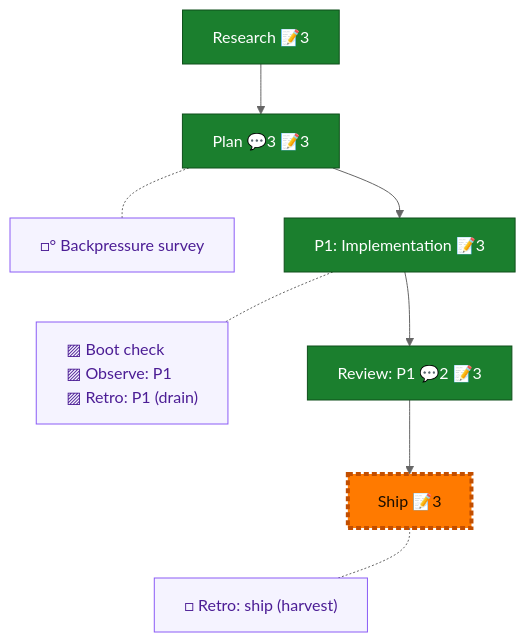
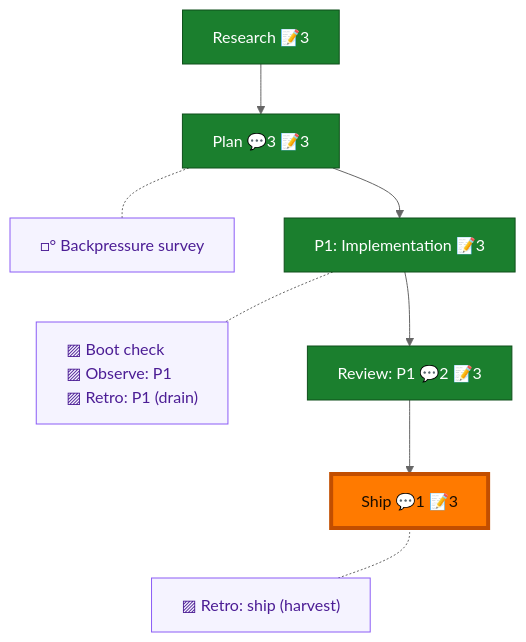
The diagram in docs/plans/044-eng-harness-flow-mission-first/the-flow.md (AI-Substrate/harness-engineering), drawn with Mermaid (neutral theme) before and after one commit. The commit also changed other lines of this file and 2 other files, not shown here.

First line of the commit message:
docs(044): close out flow — ship report + final flight-plan state

````diff
--- a/docs/plans/044-eng-harness-flow-mission-first/the-flow.md
+++ b/docs/plans/044-eng-harness-flow-mission-first/the-flow.md
@@ -8,28 +8,27 @@
 ```mermaid
 flowchart TD
     research["Research 📝3"]:::done
     plan["Plan 💬3 📝3"]:::done
     phase_1["P1: Implementation 📝3"]:::done
     review_1["Review: P1 💬2 📝3"]:::done
-    ship["Ship 📝3"]:::assumed
+    ship["Ship 💬1 📝3"]:::done
 
     research --> plan --> phase_1 --> review_1 --> ship
 
     planC["□° Backpressure survey"]:::chore
     phase_1C["▨ Boot check<br/>▨ Observe: P1<br/>▨ Retro: P1 (drain)"]:::chore
-    shipC["□ Retro: ship (harvest)"]:::chore
+    shipC["▨ Retro: ship (harvest)"]:::chore
 
     %% invisible chain holds the gutter boxes in their own column
     planC ~~~ phase_1C ~~~ shipC
 
     %% dotted links pull each gutter box beside its node
     plan -.- planC
     phase_1 -.- phase_1C
     ship -.- shipC
 
     classDef done fill:#1B7F2E,stroke:#0F4F1B,color:#fff;
-    classDef assumed fill:#CFD8DC,stroke:#607D8B,color:#1a1a1a,stroke-dasharray:5 3;
     classDef chore fill:#f5f3ff,stroke:#8b5cf6,color:#4c1d95,text-align:left;
     classDef current fill:#FF7A00,stroke:#C24E00,color:#1a0e00,stroke-width:4px;
     class ship current;
 ```
````
